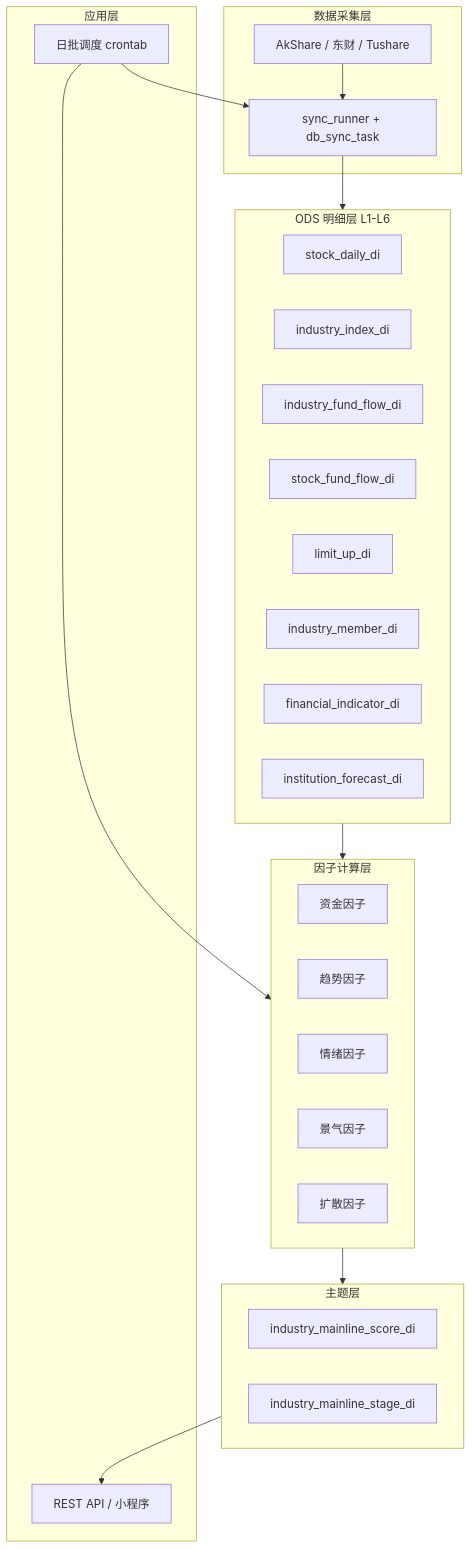
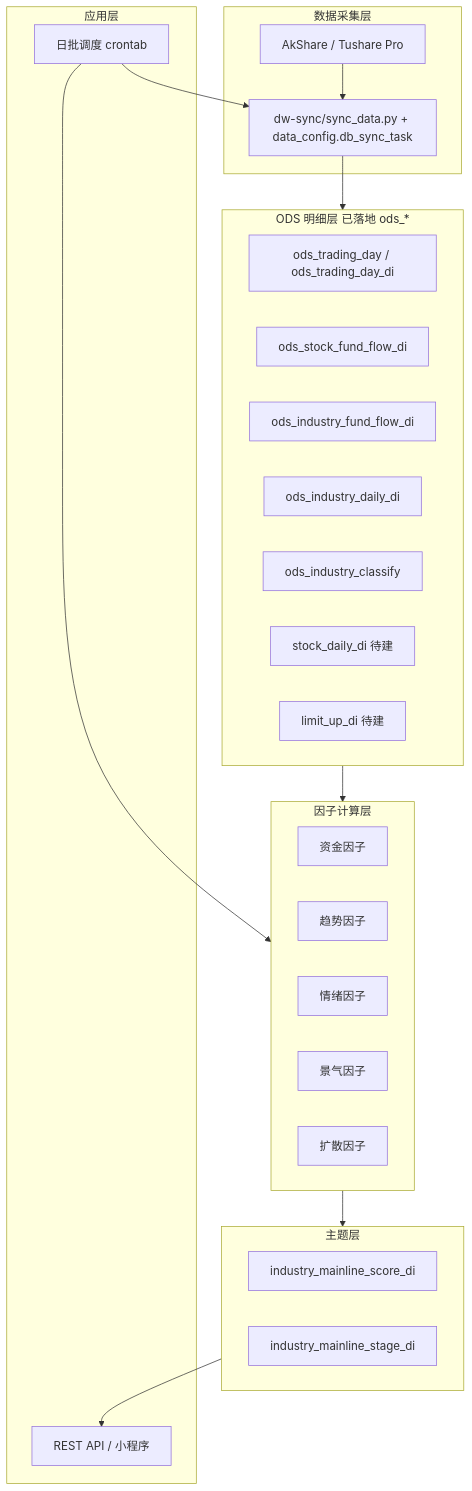
The first of 2 diagrams in 需求整理/需求1-主线板块确认-技术文档.md (jinlujie111/stock_data), drawn with Mermaid before and after one commit. The commit also changed other lines of this file and 6 other files, not shown here.

````diff
--- a/需求整理/需求1-主线板块确认-技术文档.md
+++ b/需求整理/需求1-主线板块确认-技术文档.md
@@ -11,37 +11,36 @@
 ```mermaid
 flowchart TB
     subgraph ingest [数据采集层]
-        AK[AkShare / 东财 / Tushare]
-        SYNC[sync_runner + db_sync_task]
+        AK[AkShare / Tushare Pro]
+        SYNC[dw-sync/sync_data.py + data_config.db_sync_task]
     end
-    subgraph ods [ODS 明细层 L1-L6]
-        T1[stock_daily_di]
-        T2[industry_index_di]
-        T3[industry_fund_flow_di]
-        T4[stock_fund_flow_di]
-        T5[limit_up_di]
-        T6[industry_member_di]
-        T7[financial_indicator_di]
-        T8[institution_forecast_di]
+    subgraph ods [ODS 明细层 已落地 ods_*]
+        T0[ods_trading_day / ods_trading_day_di]
+        T1[ods_stock_fund_flow_di]
+        T2[ods_industry_fund_flow_di]
+        T3[ods_industry_daily_di]
+        T4[ods_industry_classify]
+        T5[stock_daily_di 待建]
+        T6[limit_up_di 待建]
     end
     subgraph dwd [因子计算层]
         F1[资金因子]
         F2[趋势因子]
         F3[情绪因子]
         F4[景气因子]
         F5[扩散因子]
     end
     subgraph dm [主题层]
         SC[industry_mainline_score_di]
         ST[industry_mainline_stage_di]
     end
     subgraph app [应用层]
         API[REST API / 小程序]
         JOB[日批调度 crontab]
     end
     AK --> SYNC --> ods
     ods --> dwd --> dm
     dm --> API
     JOB --> SYNC
     JOB --> dwd
 ```
````
